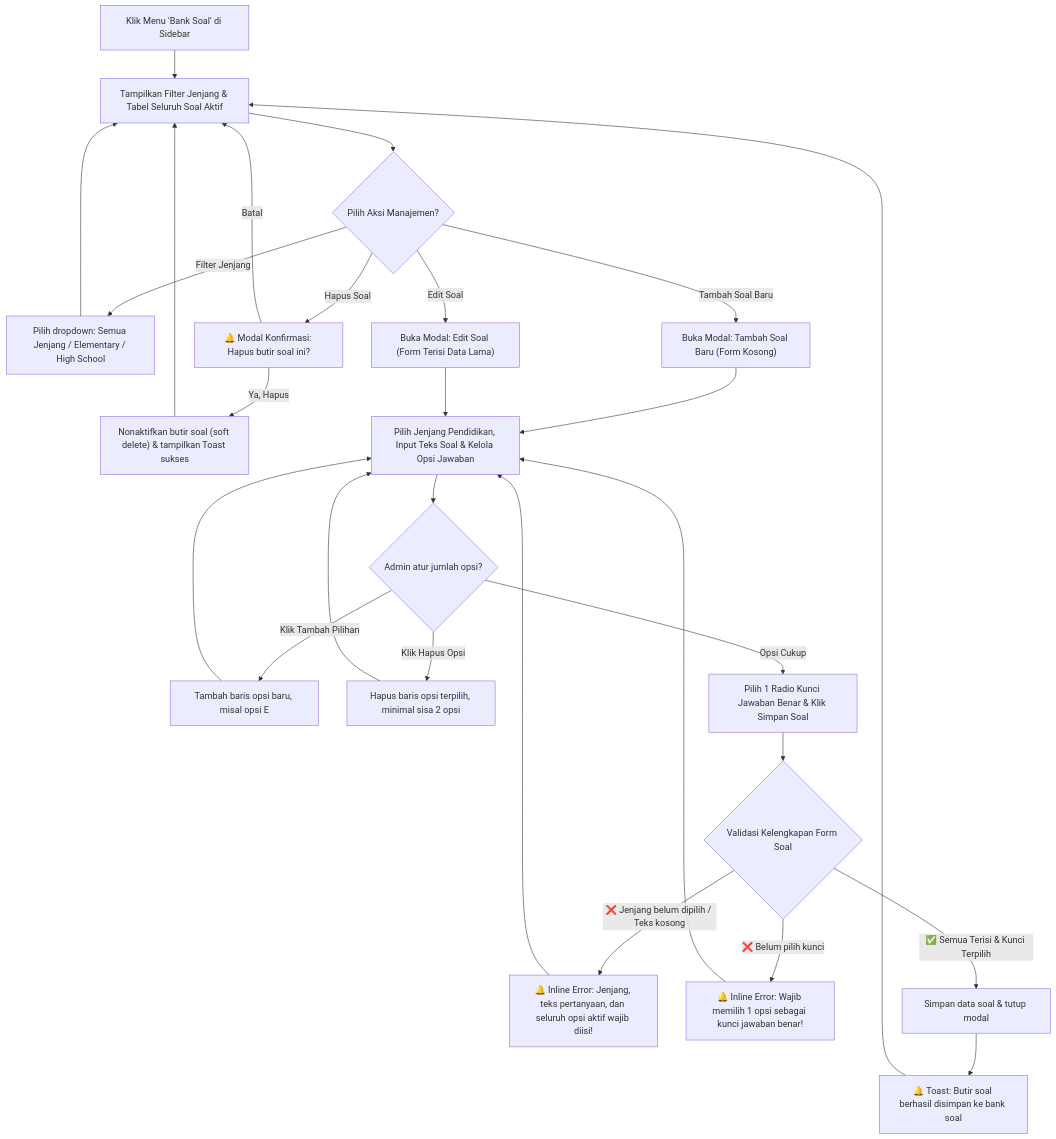
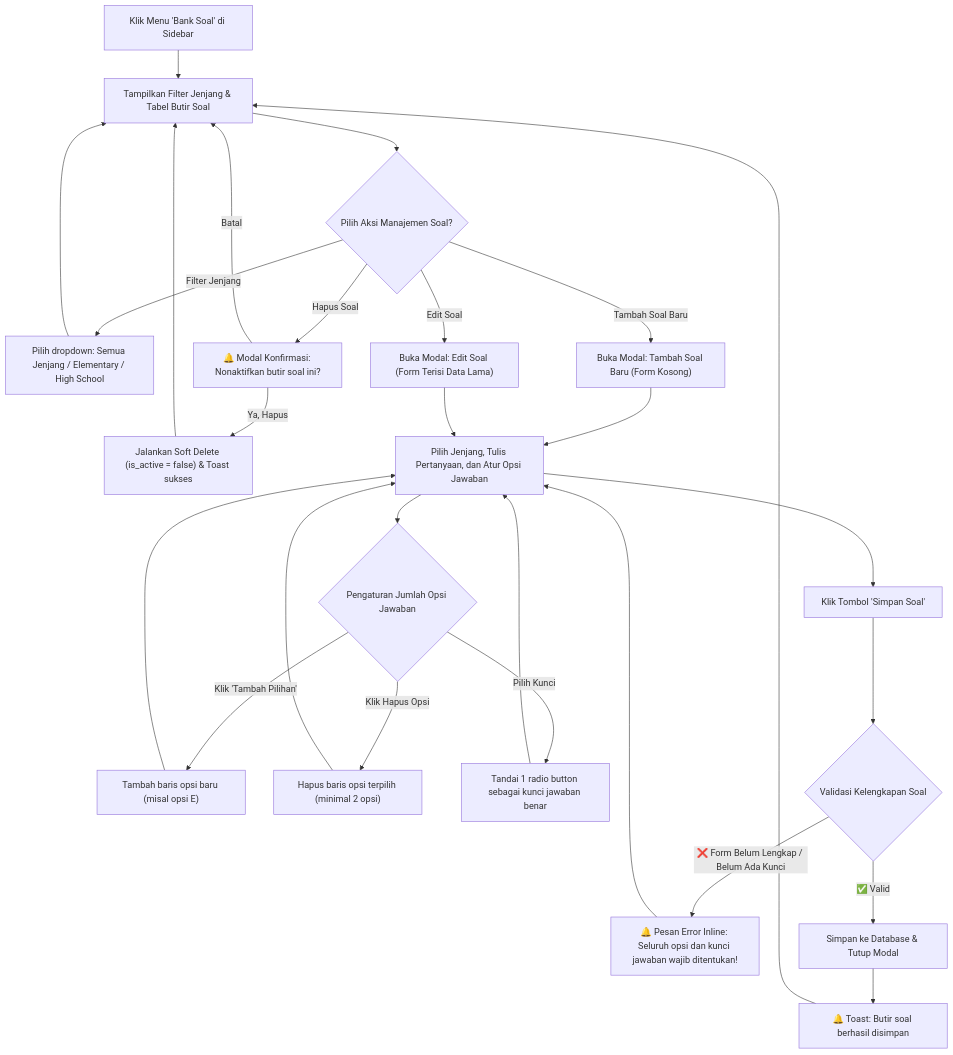
The eighth of 13 diagrams in UI_FLOW.md (septianof/up-speaking), drawn with Mermaid before and after one commit. The commit also changed other lines of this file and 3 other files, not shown here.

Commit message:
docs: perbarui prd, ui flow, task breakdown, dan agents sesuai arsitektur baru

````diff
--- a/UI_FLOW.md
+++ b/UI_FLOW.md
@@ -298,37 +325,36 @@
 ```mermaid
 flowchart TD
-    A["Klik Menu 'Bank Soal' di Sidebar"] --> B["Tampilkan Filter Jenjang & Tabel Seluruh Soal Aktif"]
+    A["Klik Menu 'Bank Soal' di Sidebar"] --> B["Tampilkan Filter Jenjang & Tabel Butir Soal"]
 
-    B --> C{"Pilih Aksi Manajemen?"}
+    B --> C{"Pilih Aksi Manajemen Soal?"}
 
-    C -->|Filter Jenjang| C1["Pilih dropdown: Semua Jenjang / Elementary / High School"]
-    C1 --> B
+    C -->|Filter Jenjang| D["Pilih dropdown: Semua Jenjang / Elementary / High School"]
+    D --> B
 
-    C -->|Tambah Soal Baru| D["Buka Modal: Tambah Soal Baru (Form Kosong)"]
-    C -->|Edit Soal| E["Buka Modal: Edit Soal (Form Terisi Data Lama)"]
-    C -->|Hapus Soal| F["🔔 Modal Konfirmasi: Hapus butir soal ini?"]
+    C -->|Tambah Soal Baru| E["Buka Modal: Tambah Soal Baru (Form Kosong)"]
+    C -->|Edit Soal| F["Buka Modal: Edit Soal (Form Terisi Data Lama)"]
+    C -->|Hapus Soal| G["🔔 Modal Konfirmasi: Nonaktifkan butir soal ini?"]
 
-    F -->|Batal| B
-    F -->|Ya, Hapus| G["Nonaktifkan butir soal (soft delete) & tampilkan Toast sukses"]
-    G --> B
+    G -->|Batal| B
+    G -->|Ya, Hapus| H["Jalankan Soft Delete (is_active = false) & Toast sukses"]
+    H --> B
 
-    D --> H["Pilih Jenjang Pendidikan, Input Teks Soal & Kelola Opsi Jawaban"]
-    E --> H
+    E --> I["Pilih Jenjang, Tulis Pertanyaan, dan Atur Opsi Jawaban"]
+    F --> I
 
-    H --> H1{"Admin atur jumlah opsi?"}
-    H1 -->|Klik Tambah Pilihan| H2["Tambah baris opsi baru, misal opsi E"]
-    H2 --> H
-    H1 -->|Klik Hapus Opsi| H3["Hapus baris opsi terpilih, minimal sisa 2 opsi"]
-    H3 --> H
-    H1 -->|Opsi Cukup| I["Pilih 1 Radio Kunci Jawaban Benar & Klik Simpan Soal"]
+    I --> J{"Pengaturan Jumlah Opsi Jawaban"}
+    J -->|Klik 'Tambah Pilihan'| K["Tambah baris opsi baru (misal opsi E)"]
+    K --> I
+    J -->|Klik Hapus Opsi| L["Hapus baris opsi terpilih (minimal 2 opsi)"]
+    L --> I
+    J -->|Pilih Kunci| M["Tandai 1 radio button sebagai kunci jawaban benar"]
+    M --> I
 
-    I --> J{"Validasi Kelengkapan Form Soal"}
-    J -->|❌ Jenjang belum dipilih / Teks kosong| K["🔔 Inline Error: Jenjang, teks pertanyaan, dan seluruh opsi aktif wajib diisi!"]
-    K --> H
-    J -->|❌ Belum pilih kunci| L["🔔 Inline Error: Wajib memilih 1 opsi sebagai kunci jawaban benar!"]
-    L --> H
-
-    J -->|✅ Semua Terisi & Kunci Terpilih| M["Simpan data soal & tutup modal"]
-    M --> N["🔔 Toast: Butir soal berhasil disimpan ke bank soal"]
-    N --> B
+    I --> N["Klik Tombol 'Simpan Soal'"]
+    N --> O{"Validasi Kelengkapan Soal"}
+    O -->|❌ Form Belum Lengkap / Belum Ada Kunci| P["🔔 Pesan Error Inline: Seluruh opsi dan kunci jawaban wajib ditentukan!"]
+    P --> I
+    O -->|✅ Valid| Q["Simpan ke Database & Tutup Modal"]
+    Q --> R["🔔 Toast: Butir soal berhasil disimpan"]
+    R --> B
 ```
````
